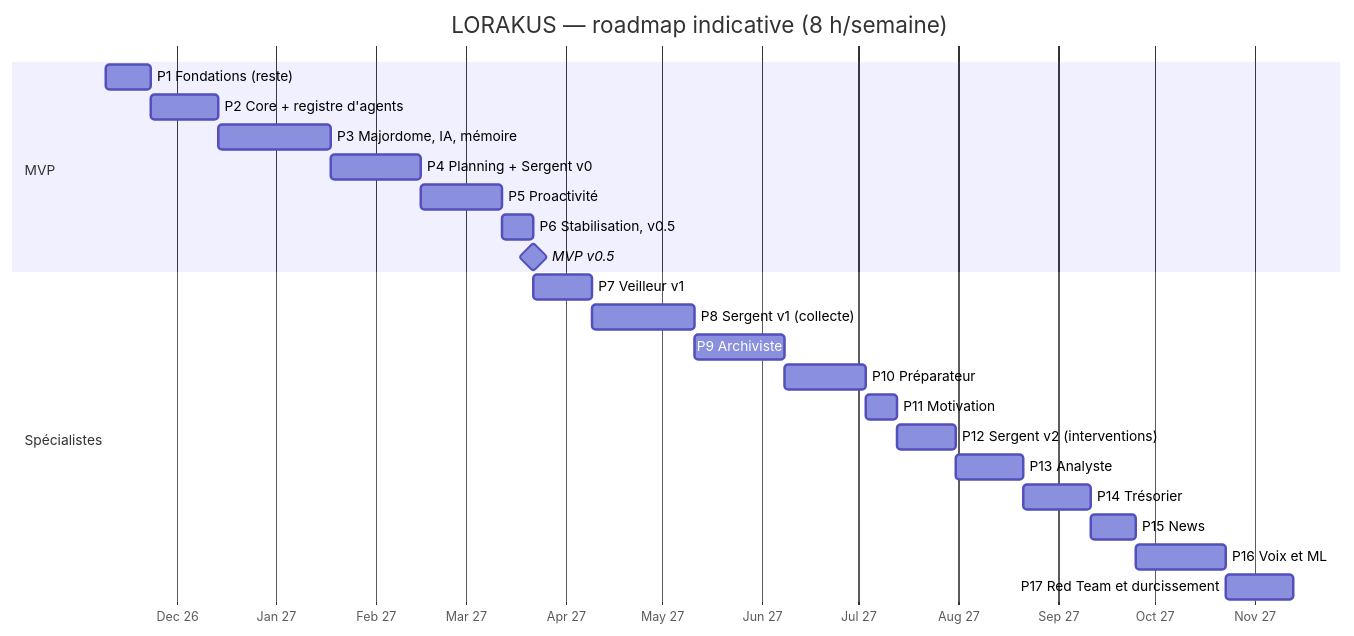
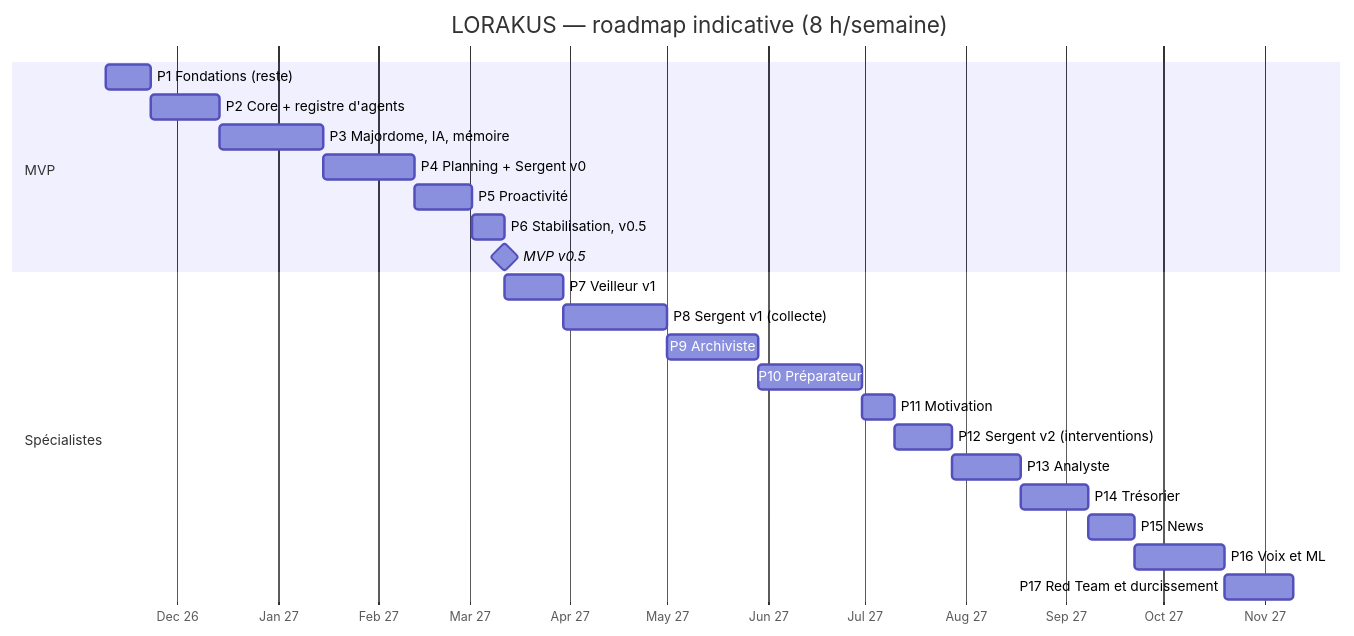
The diagram in ROADMAP.md (AnasKnanoua/lorakus), drawn with Mermaid before and after one commit. The commit also changed other lines of this file and 14 other files, not shown here.

````diff
--- a/ROADMAP.md
+++ b/ROADMAP.md
@@ -5,26 +5,26 @@
 ```mermaid
 gantt
   title LORAKUS — roadmap indicative (8 h/semaine)
   dateFormat YYYY-MM-DD
   axisFormat %b %y
   section MVP
   P1 Fondations (reste)          :p1, 2026-11-09, 14d
   P2 Core + registre d'agents    :p2, after p1, 21d
-  P3 Majordome, IA, mémoire      :p3, after p2, 35d
+  P3 Majordome, IA, mémoire      :p3, after p2, 32d
   P4 Planning + Sergent v0       :p4, after p3, 28d
-  P5 Proactivité                 :p5, after p4, 25d
+  P5 Proactivité                 :p5, after p4, 18d
   P6 Stabilisation, v0.5         :p6, after p5, 10d
   MVP v0.5                       :milestone, m1, after p6, 0d
   section Spécialistes
   P7 Veilleur v1                 :p7, after p6, 18d
   P8 Sergent v1 (collecte)       :p8, after p7, 32d
   P9 Archiviste                  :p9, after p8, 28d
-  P10 Préparateur                :p10, after p9, 25d
+  P10 Préparateur                :p10, after p9, 32d
   P11 Motivation                 :p11, after p10, 10d
   P12 Sergent v2 (interventions) :p12, after p11, 18d
   P13 Analyste                   :p13, after p12, 21d
   P14 Trésorier                  :p14, after p13, 21d
   P15 News                       :p15, after p14, 14d
   P16 Voix et ML                 :p16, after p15, 28d
   P17 Red Team et durcissement   :p17, after p16, 21d
 ```
````
